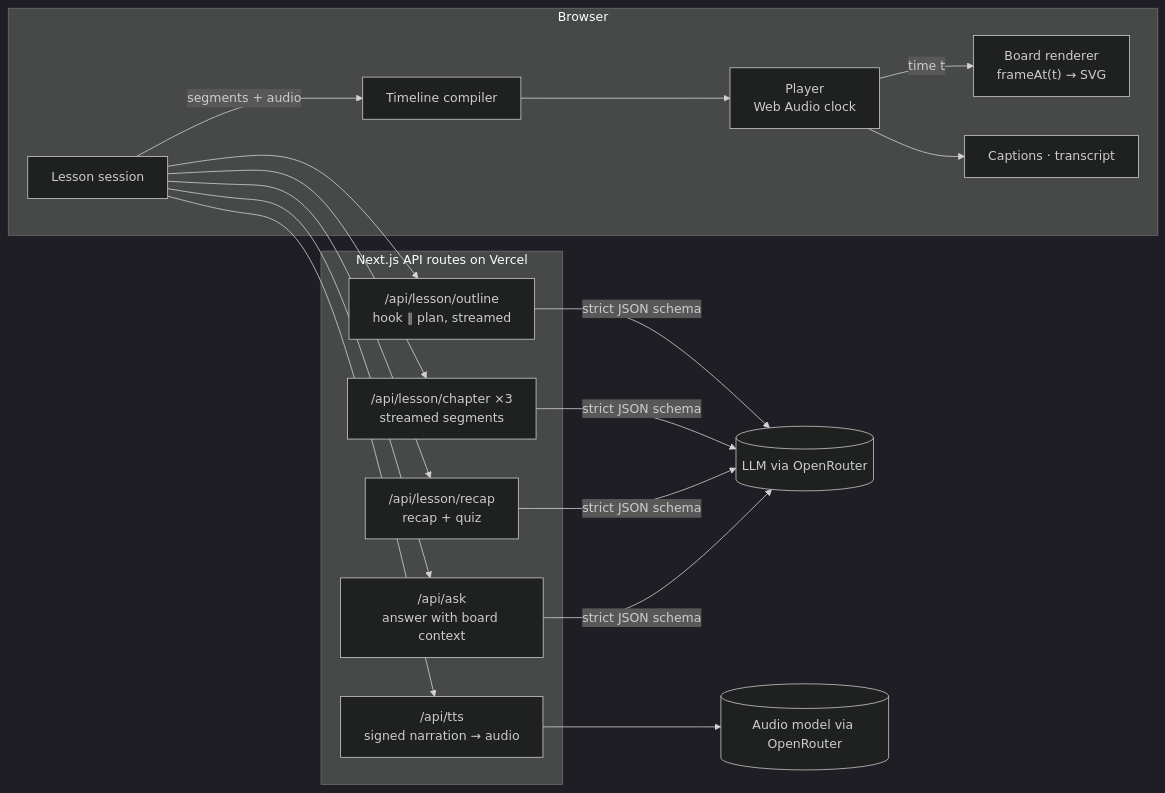
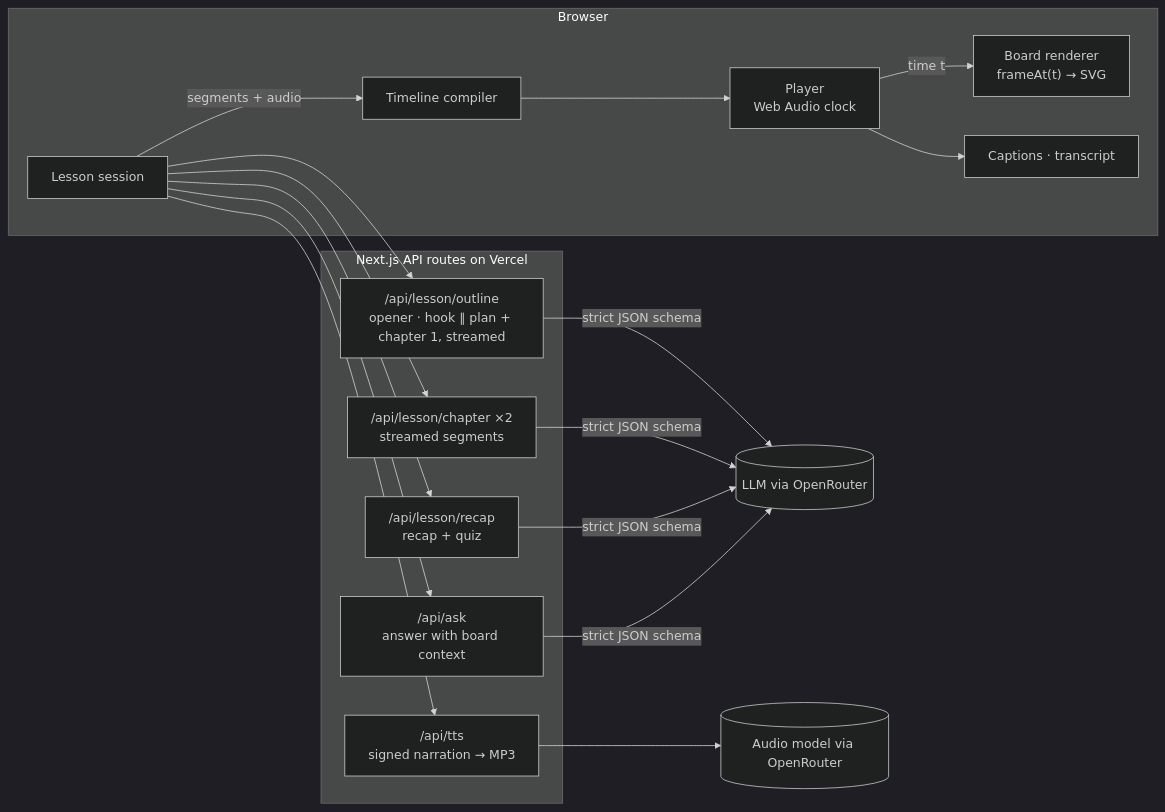
One commit to zynoxprince/ChalkTalk changed the diagram in README.md. Above: the diagram before and after it, drawn with Mermaid (dark theme). The commit also changed other lines of this file and 11 other files, not shown here.

````diff
--- a/README.md
+++ b/README.md
@@ -74,19 +77,19 @@
 ```mermaid
 flowchart LR
   subgraph Browser
     S[Lesson session] -->|segments + audio| T[Timeline compiler]
     T --> P["Player<br/>Web Audio clock"]
     P -->|time t| B["Board renderer<br/>frameAt(t) → SVG"]
     P --> C["Captions · transcript"]
   end
   subgraph API["Next.js API routes on Vercel"]
-    O["/api/lesson/outline<br/>hook ∥ plan, streamed"]
-    CH["/api/lesson/chapter ×3<br/>streamed segments"]
+    O["/api/lesson/outline<br/>opener · hook ∥ plan + chapter 1, streamed"]
+    CH["/api/lesson/chapter ×2<br/>streamed segments"]
     R["/api/lesson/recap<br/>recap + quiz"]
     A["/api/ask<br/>answer with board context"]
-    V["/api/tts<br/>signed narration → audio"]
+    V["/api/tts<br/>signed narration → MP3"]
   end
   S --> O & CH & R & A & V
   O & CH & R & A -->|strict JSON schema| L[("LLM via OpenRouter")]
   V --> M[("Audio model via OpenRouter")]
 ```
````
